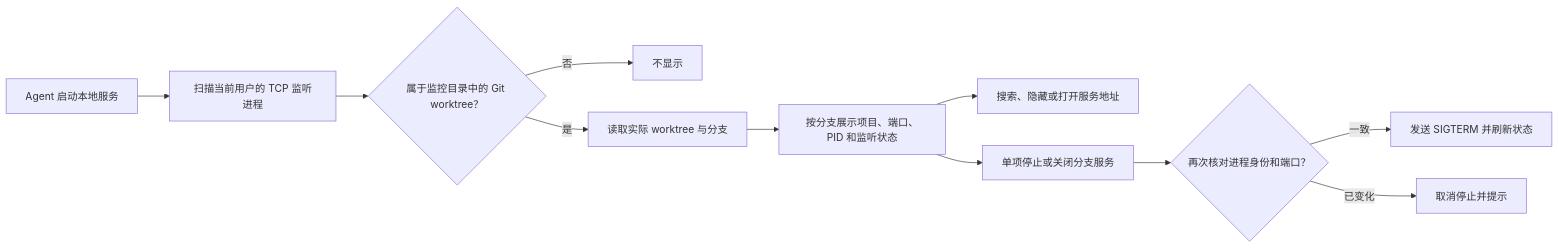
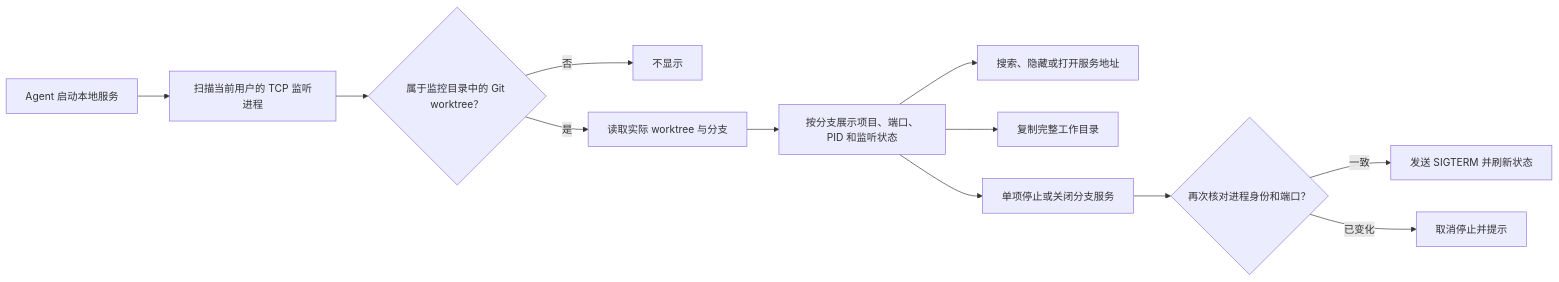
One commit to KelvinFanXian/Komo changed the diagram in README.md. Above: the diagram before and after it, drawn with Mermaid. The commit also changed other lines of this file and 4 other files, not shown here.

````diff
--- a/README.md
+++ b/README.md
@@ -19,13 +19,14 @@
 ```mermaid
 flowchart LR
     A["Agent 启动本地服务"] --> B["扫描当前用户的 TCP 监听进程"]
     B --> C{"属于监控目录中的 Git worktree？"}
     C -- "否" --> X["不显示"]
     C -- "是" --> D["读取实际 worktree 与分支"]
     D --> E["按分支展示项目、端口、PID 和监听状态"]
     E --> F["搜索、隐藏或打开服务地址"]
+    E --> K["复制完整工作目录"]
     E --> G["单项停止或关闭分支服务"]
     G --> H{"再次核对进程身份和端口？"}
     H -- "一致" --> I["发送 SIGTERM 并刷新状态"]
     H -- "已变化" --> J["取消停止并提示"]
 ```
````
